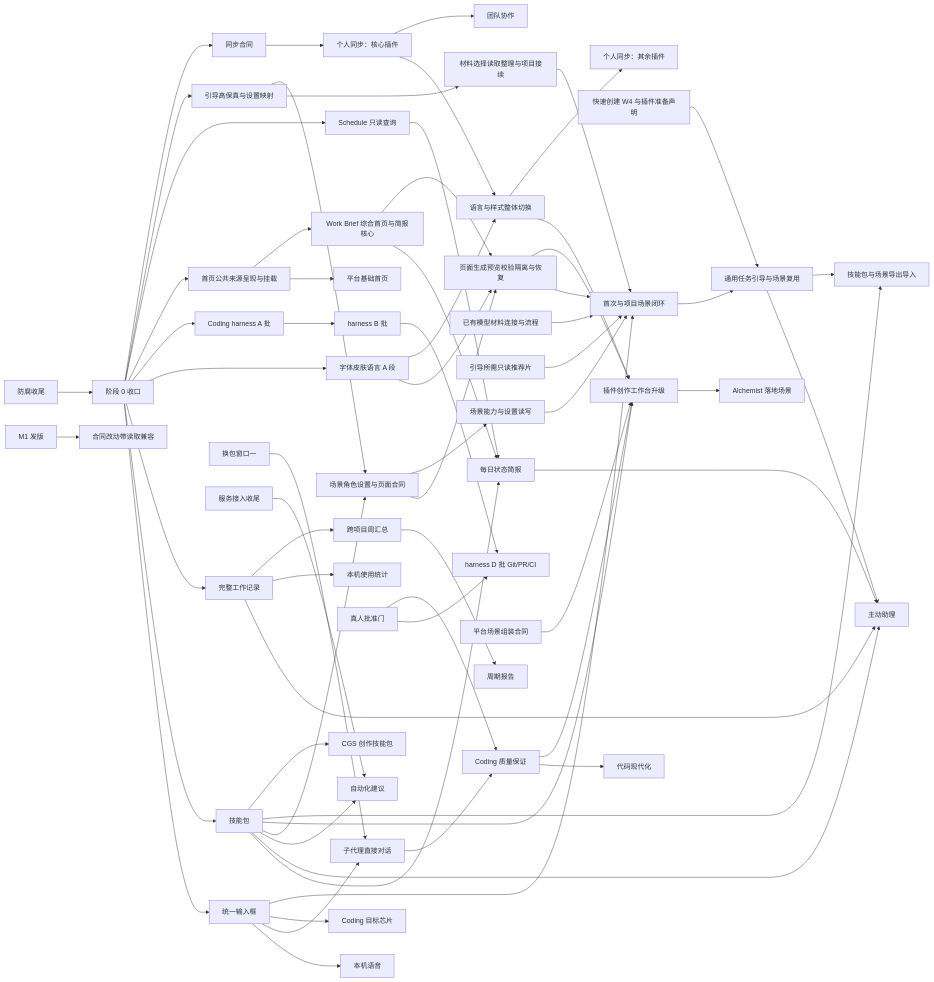
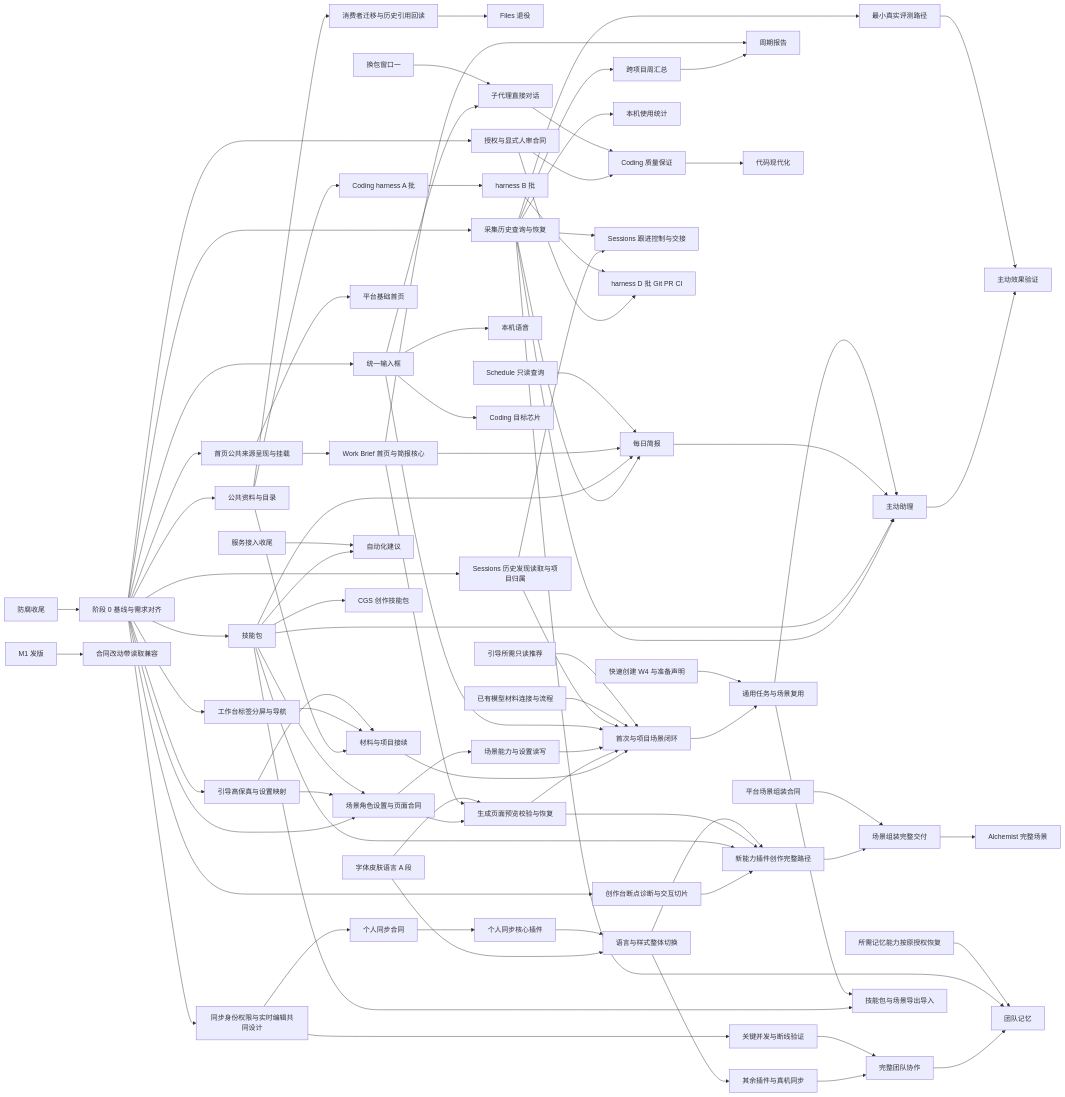
Before and after one commit to molis-ai/molis-work: the diagram in specs/post-anticorruption-roadmap/spec.md, drawn with Mermaid. The commit also changed other lines of this file and 14 other files, not shown here.

````diff
--- a/specs/post-anticorruption-roadmap/spec.md
+++ b/specs/post-anticorruption-roadmap/spec.md
@@ -188,67 +194,90 @@
 ```mermaid
 flowchart LR
-  AC[防腐收尾] --> S0[阶段 0 收口]
+  AC[防腐收尾] --> S0[阶段 0 基线与需求对齐]
+  S0 --> MAT[公共资料与目录]
+  S0 --> NAV[工作台标签分屏与导航]
+  MAT --> HA[Coding harness A 批]
+  MAT --> OI[材料与项目接续]
+  NAV --> OI
+  MAT --> CONS[消费者迁移与历史引用回读]
+  CONS --> FILES[Files 退役]
   S0 --> IN[统一输入框]
   S0 --> SP[技能包]
-  S0 --> WR[完整工作记录]
-  S0 --> FA[字体皮肤语言 A 段]
-  S0 --> HA[Coding harness A 批]
+  S0 --> OC[场景角色设置与页面合同]
   S0 --> HP[首页公共来源呈现与挂载]
   HP --> BH[平台基础首页]
-  HP --> WB[Work Brief 综合首页与简报核心]
-  S0 --> SQ[Schedule 只读查询]
+  HP --> WB[Work Brief 首页与简报核心]
+  S0 --> OD[引导高保真与设置映射]
+  OD --> OI
+  OD --> OC
+  SP --> OC
+  OC --> OG[生成页面预览校验与恢复]
+  WB --> OG
+  FA[字体皮肤语言 A 段] --> OG
+  OC --> OS[场景能力与设置读写]
+  OI --> ON[首次与项目场景闭环]
+  OG --> ON
+  OS --> ON
+  IN --> ON
+  HIST[Sessions 历史发现读取与项目归属] --> ON
+  BASE[已有模型材料连接与流程] --> ON
+  REC[引导所需只读推荐] --> ON
+  ON --> OT[通用任务与场景复用]
+  QC[快速创建 W4 与准备声明] --> OT
   IN --> VO[本机语音]
   IN --> SUB[子代理直接对话]
   IN --> CHIP[Coding 目标芯片]
-  SP --> DB[每日状态简报]
+  S0 --> COL[采集历史查询与恢复]
+  S0 --> HIST
+  COL --> EV[最小真实评测路径]
+  COL --> DB[每日简报]
+  SP --> DB
   WB --> DB
-  SQ --> DB
-  DB --> PA[主动助理]
-  WR --> PA
+  SQ[Schedule 只读查询] --> DB
+  COL --> PA[主动助理]
   SP --> PA
-  SP --> AR[自动化建议]
-  S0 --> OD[引导高保真与设置映射]
-  OD --> OI[材料选择读取整理与项目接续]
-  OI --> ON
-  OD --> OC[场景角色设置与页面合同]
-  SP --> OC
-  OC --> OG[页面生成预览校验隔离与恢复]
-  WB --> OG
-  FA --> OG
-  OC --> OS[场景能力与设置读写]
-  OG --> ON[首次与项目场景闭环]
-  OS --> ON
-  IN --> ON
-  BASE[已有模型材料连接与流程] --> ON
-  REC[引导所需只读推荐片] --> ON
-  ON --> OT[通用任务引导与场景复用]
-  QC[快速创建 W4 与插件准备声明] --> OT
+  DB --> PA
   OT --> PA
-  OT --> SH
+  PA --> PE[主动效果验证]
+  EV --> PE
+  COL --> ST[本机使用统计]
+  COL --> XP[跨项目周汇总]
+  XP --> PR[周期报告]
+  WB --> PR
+  HIST --> SES[Sessions 跟进控制与交接]
+  COL --> SES
+  S0 --> AUTH[授权与显式人审合同]
+  AUTH --> HD[harness D 批 Git PR CI]
+  AUTH --> QA[Coding 质量保证]
   HA --> HB[harness B 批]
-  HB --> HD[harness D 批 Git/PR/CI]
-  AP[真人批准门] --> HD
-  AP --> QA[Coding 质量保证]
+  HB --> HD
+  W1[换包窗口一] --> SUB
   SUB --> QA
   QA --> MOD[代码现代化]
-  W1[换包窗口一] --> SUB
-  FA --> FC[语言与样式整体切换]
-  FC --> PB[插件创作工作台升级]
-  PC[平台场景组装合同] --> PB
-  PB --> AL[Alchemist 落地场景]
-  QA --> PB
+  S0 --> PD[创作台断点诊断与交互切片]
+  PD --> PB[新能力插件创作完整路径]
   SP --> PB
   OG --> PB
+  FA --> FC[语言与样式整体切换]
+  FC --> PB
+  PB --> COMPOSE[场景组装完整交付]
+  PC[平台场景组装合同] --> COMPOSE
+  COMPOSE --> AL[Alchemist 完整场景]
+  SP --> AR[自动化建议]
   ASC[服务接入收尾] --> AR
-  WR --> ST[本机使用统计]
-  WR --> XP[跨项目周汇总]
-  XP --> PR[周期报告]
-  S0 --> SC[同步合同]
-  SC --> SY[个人同步：核心插件]
+  S0 --> TD[同步身份权限与实时编辑共同设计]
+  TD --> SC[个人同步合同]
+  TD --> TP[关键并发与断线验证]
+  SC --> SY[个人同步核心插件]
   SY --> FC
-  FC --> SY2[个人同步：其余插件]
-  SY --> TEAM[团队协作]
+  FC --> SY2[其余插件与真机同步]
+  SY2 --> TEAM[完整团队协作]
+  TP --> TEAM
+  TEAM --> TM[团队记忆]
+  COL --> TM
+  MEM[所需记忆能力按原授权恢复] --> TM
   SP --> SH[技能包与场景导出导入]
+  OT --> SH
   SP --> CGS[CGS 创作技能包]
   M1[M1 发版] --> COMPAT[合同改动带读取兼容]
 ```
````
